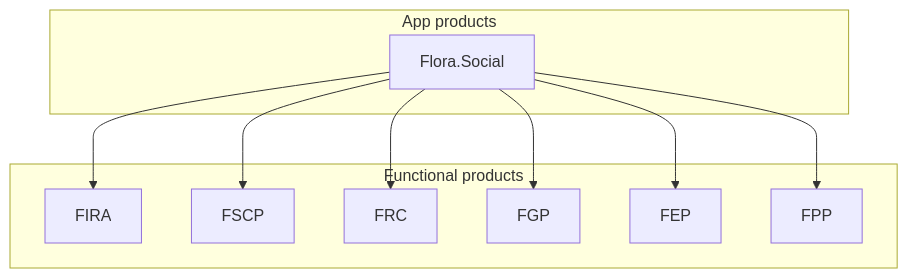
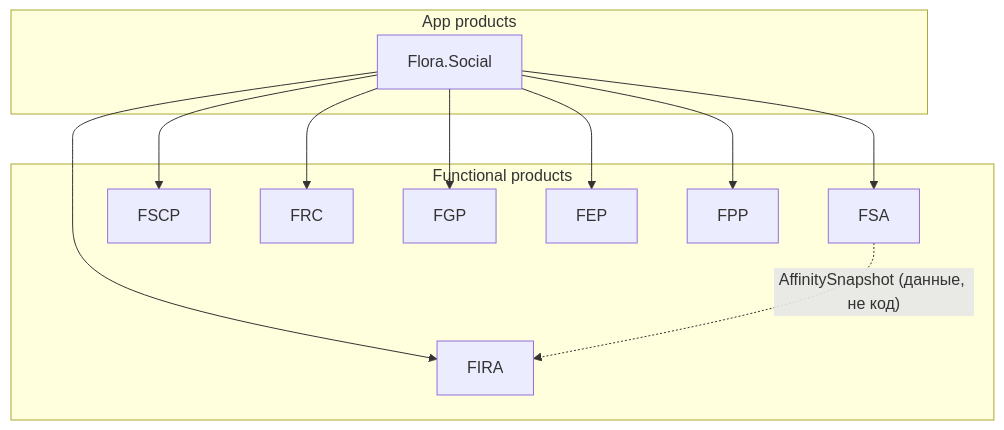
Before and after one commit to effka11/Flora.Ecosystem: the first of 7 diagrams in ARCHITECTURE.md, drawn with Mermaid. The commit also changed other lines of this file and 36 other files, not shown here.

````diff
--- a/ARCHITECTURE.md
+++ b/ARCHITECTURE.md
@@ -30,20 +30,23 @@
 ```mermaid
 flowchart TB
   subgraph appProducts [App products]
     Social["Flora.Social"]
   end
   subgraph functionalProducts [Functional products]
     FIRA["FIRA"]
+    FSA["FSA"]
     FSCP["FSCP"]
     FRC["FRC"]
     FGP["FGP"]
     FEP["FEP"]
     FPP["FPP"]
   end
   Social --> FIRA
+  Social --> FSA
   Social --> FSCP
   Social --> FRC
   Social --> FGP
   Social --> FEP
   Social --> FPP
+  FSA -. "AffinitySnapshot (данные, не код)" .-> FIRA
 ```
````
